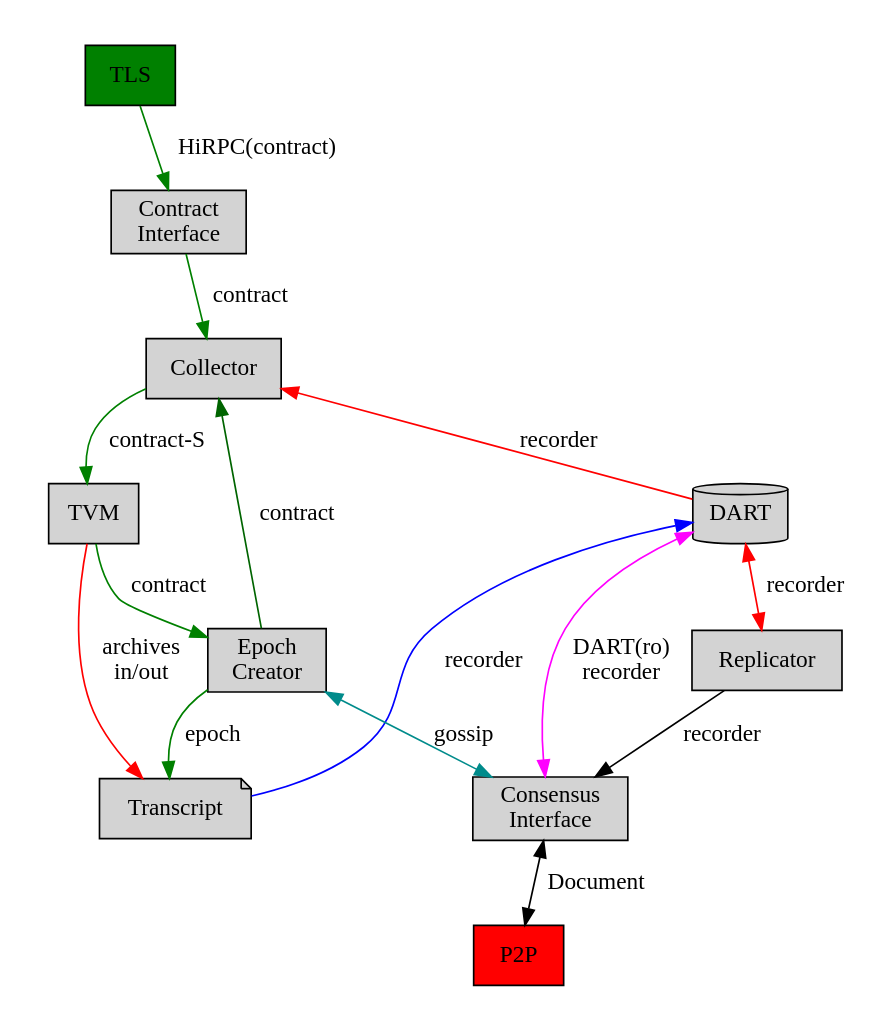
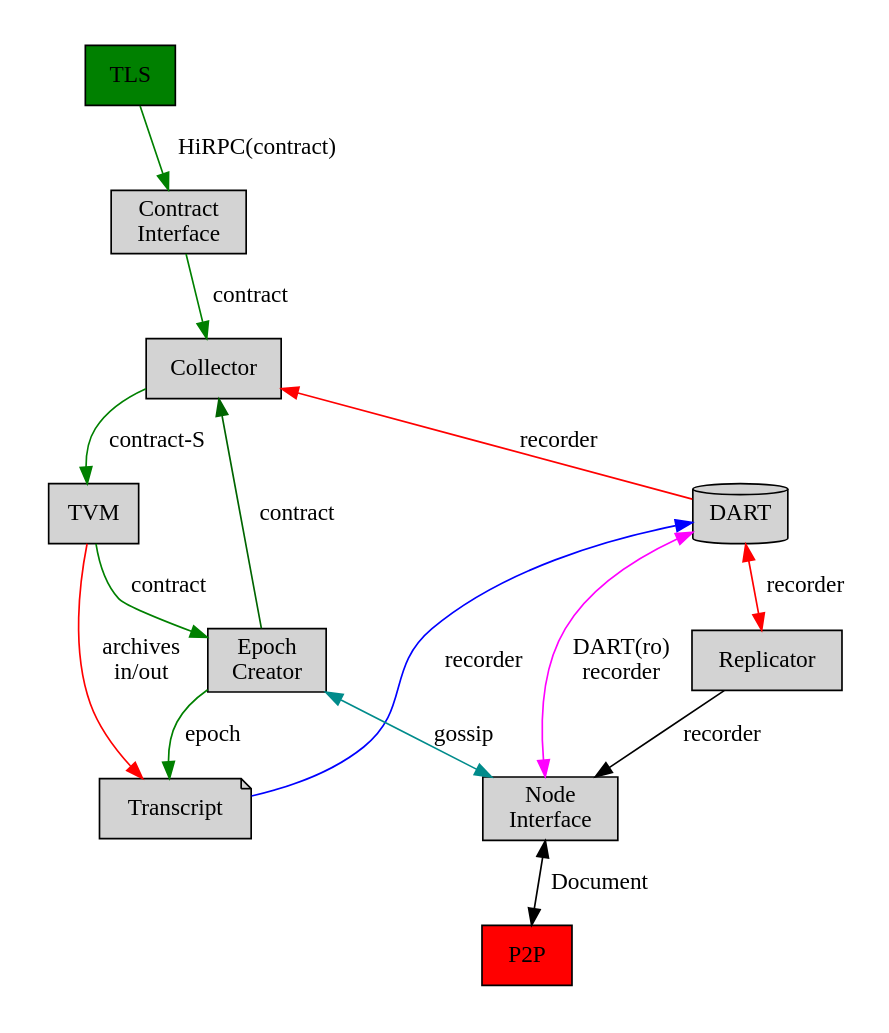
The first of 2 diagrams in documents/architecture/Network_Architecture.md (tagion/tagion), drawn with Graphviz before and after one commit. The commit also changed other lines of this file and 4 other files, not shown here.

````diff
--- a/documents/architecture/Network_Architecture.md
+++ b/documents/architecture/Network_Architecture.md
@@ -30,39 +30,39 @@
 ```graphviz
 digraph Message_flow {
 rankdir=UD;
   compound=true;
   labelangle=35;
   node [style=filled]
   node [ shape = "rect"];
   DART [shape = cylinder];
   TLS [ style=filled fillcolor=green ];
   P2P [ style=filled fillcolor=red]
   ContractInterface [ label="Contract\nInterface"]
-  ConsensusInterface [ label="Consensus\nInterface"]
+  NodeInterface [ label="Node\nInterface"]
   Transcript [shape = note]
   EpochCreator [label="Epoch\nCreator"]
   subgraph cluster_1 {
     peripheries=0;
     TLS -> ContractInterface [label="HiRPC(contract)" color=green];
  	ContractInterface -> Collector [label=contract color=green];
 	Collector -> TVM [label="contract-S" color=green];
 	EpochCreator -> Collector [label=contract color=darkgreen];
 	EpochCreator -> Transcript [label=epoch color=green];
     TVM -> Transcript [label="archives\nin/out" color=red];
   };
  subgraph cluster_2 {
     peripheries=0;
 	TVM -> EpochCreator [label=contract color=green];
     DART -> Replicator [label=recorder color=red dir=both];
   };
   subgraph cluster_3 {
     peripheries=0;
-	DART -> ConsensusInterface [label="DART(ro)\nrecorder" dir=both color=magenta];
-    ConsensusInterface -> P2P [label=Document dir=both];
+	DART -> NodeInterface [label="DART(ro)\nrecorder" dir=both color=magenta];
+    NodeInterface -> P2P [label=Document dir=both];
   };
   DART -> Collector [label=recorder color=red];
-  EpochCreator -> ConsensusInterface [label=gossip dir=both color=cyan4];
+  EpochCreator -> NodeInterface [label=gossip dir=both color=cyan4];
   Transcript -> DART [label=recorder color=blue];
-  Replicator -> ConsensusInterface [label=recorder];
+  Replicator -> NodeInterface [label=recorder];
 }
 ```
````
